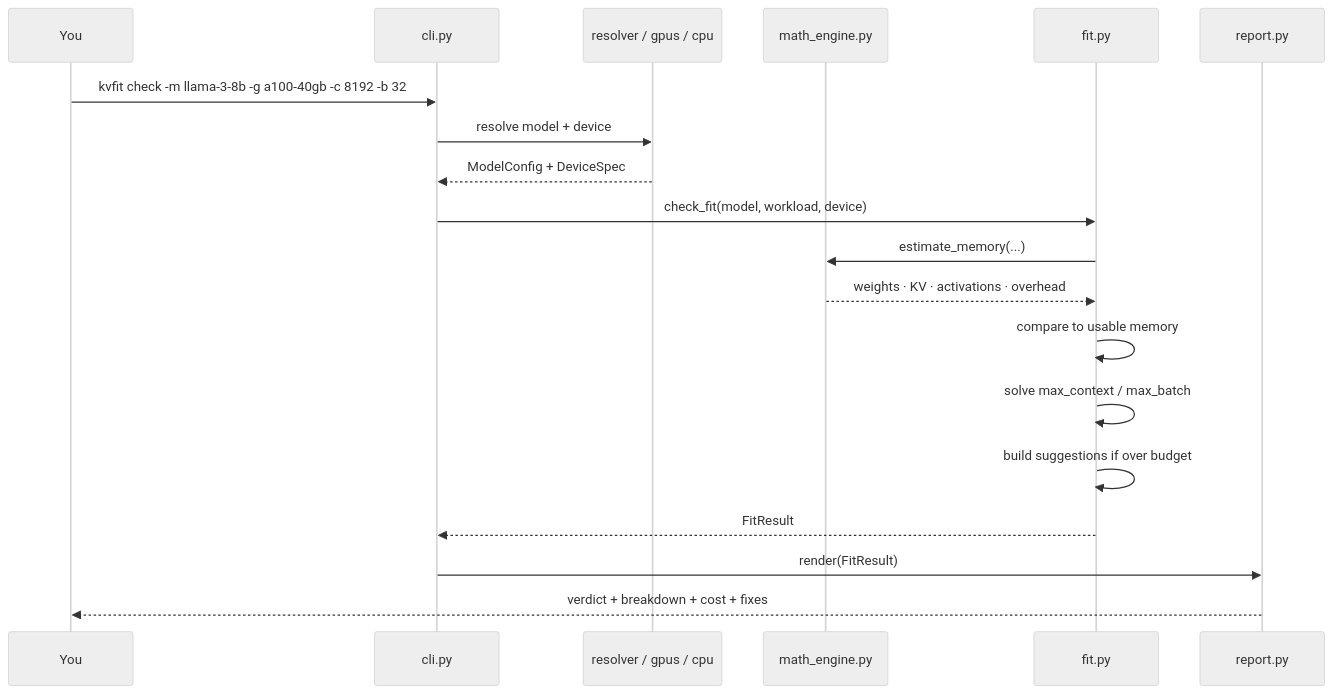
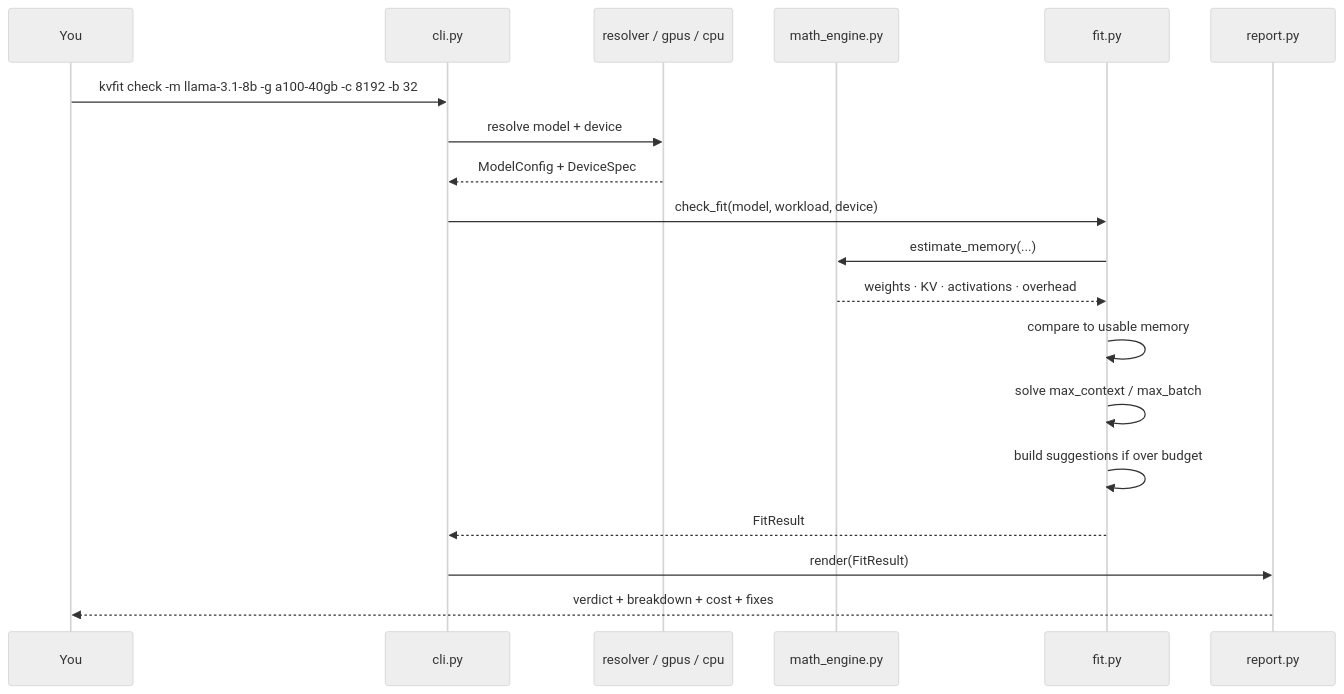
The tenth of 11 diagrams in README.md (debaditc/kvfit), drawn with Mermaid (neutral theme) before and after one commit. The commit also changed other lines of this file and 18 other files, not shown here.

````diff
--- a/README.md
+++ b/README.md
@@ -511,22 +817,22 @@
 ```mermaid
 sequenceDiagram
     participant U as You
     participant CLI as cli.py
     participant R as resolver / gpus / cpu
     participant M as math_engine.py
     participant F as fit.py
     participant P as report.py
 
-    U->>CLI: kvfit check -m llama-3-8b -g a100-40gb -c 8192 -b 32
+    U->>CLI: kvfit check -m llama-3.1-8b -g a100-40gb -c 8192 -b 32
     CLI->>R: resolve model + device
     R-->>CLI: ModelConfig + DeviceSpec
     CLI->>F: check_fit(model, workload, device)
     F->>M: estimate_memory(...)
     M-->>F: weights · KV · activations · overhead
     F->>F: compare to usable memory
     F->>F: solve max_context / max_batch
     F->>F: build suggestions if over budget
     F-->>CLI: FitResult
     CLI->>P: render(FitResult)
     P-->>U: verdict + breakdown + cost + fixes
 ```
````
